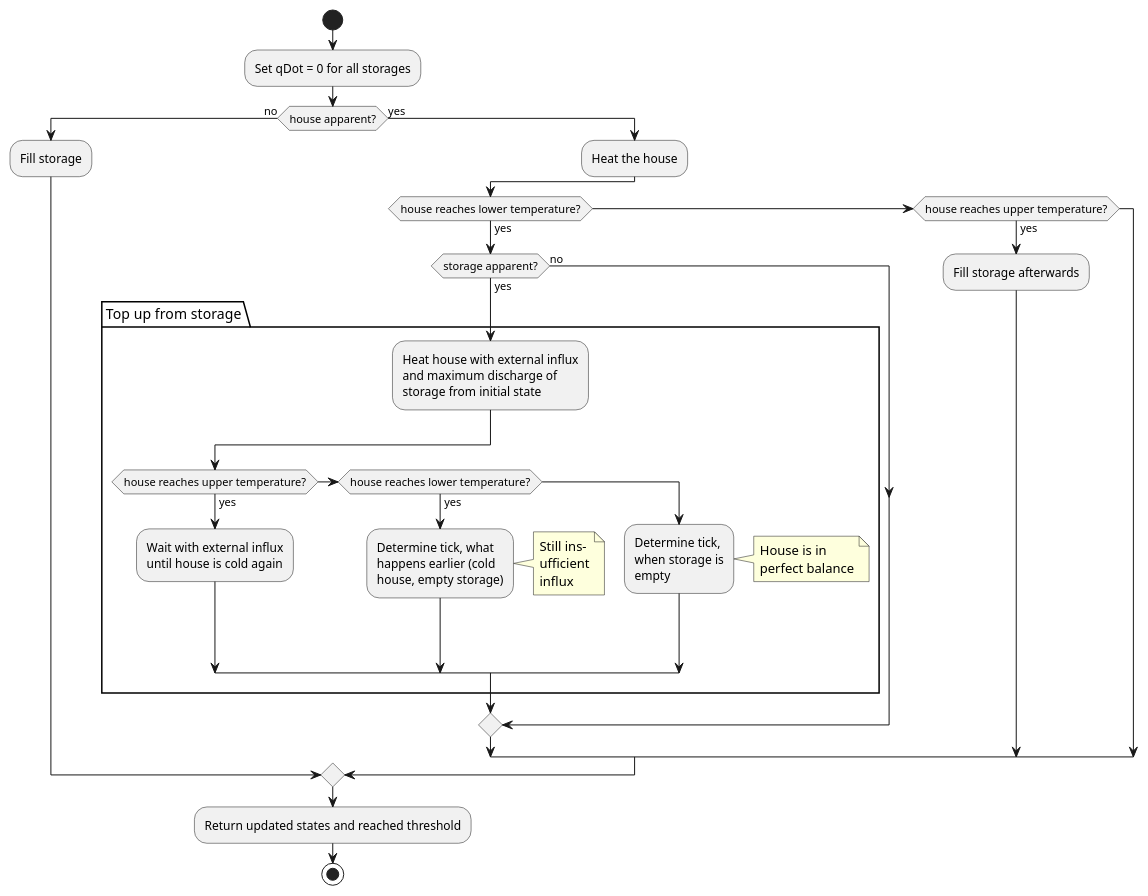
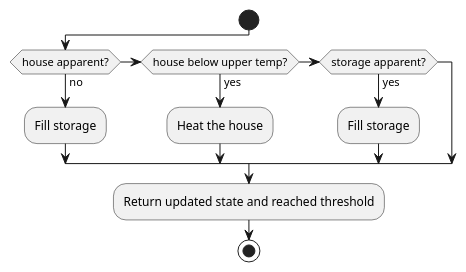
The diagram in docs/uml/main/models/thermal/grid/HandleInfeed.puml (ie3-institute/simona), drawn with PlantUML before and after one commit. The commit also changed 10 other files, not shown here.

```diff
--- a/docs/uml/main/models/thermal/grid/HandleInfeed.puml
+++ b/docs/uml/main/models/thermal/grid/HandleInfeed.puml
@@ -1,35 +1,15 @@
 @startuml
 'https://plantuml.com/activity-diagram-beta
 
 start
-:Set qDot = 0 for all storages;
 if (house apparent?) then (no)
   :Fill storage;
-else (yes)
-  :Heat the house;
-  if (house reaches lower temperature?) then (yes)
-      if (storage apparent?) then (yes)
-        package "Top up from storage" {
-          :Heat house with external influx\nand maximum discharge of\nstorage from initial state;
-          if (house reaches upper temperature?) then (yes)
-            :Wait with external influx\nuntil house is cold again;
-          else if (house reaches lower temperature?) then (yes)
-            :Determine tick, what\nhappens earlier (cold\nhouse, empty storage);
-            note right: Still ins-\nufficient\ninflux
-          else
-            :Determine tick,\nwhen storage is\nempty;
-            note right: House is in\nperfect balance
-          endif
-        }
-      else (no)
-      endif
-  else if (house reaches upper temperature?) then (yes)
-    :Fill storage afterwards;
-  else
-    note right: House is in\nperfect balance
-  endif
+else if (house below upper temp?) then (yes)
+    :Heat the house;
+else if (storage apparent?) then (yes)
+:Fill storage;
 endif
-:Return updated states and reached threshold;
+:Return updated state and reached threshold;
 stop
 
 @enduml
```
